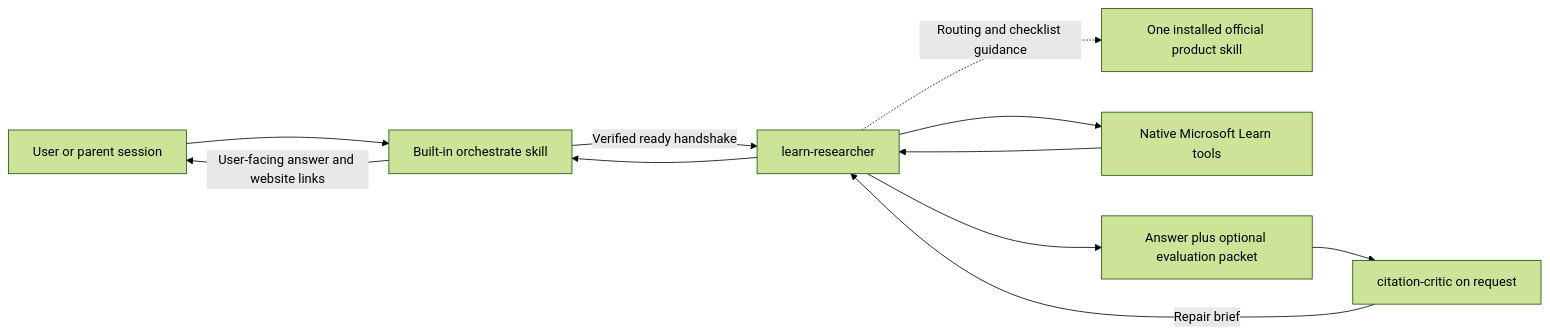
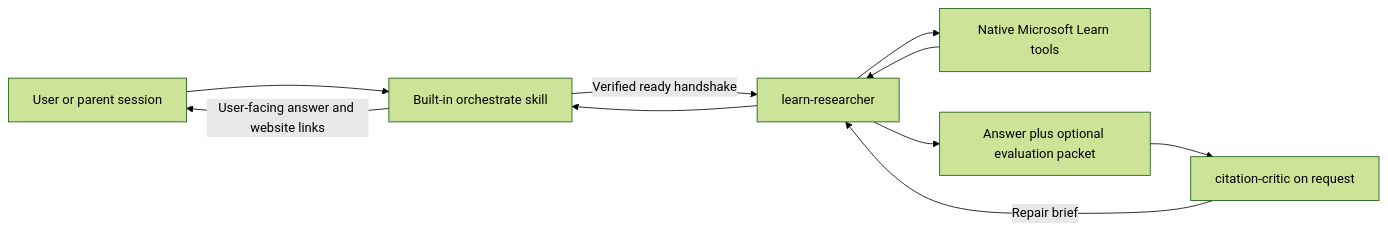
One commit to msucharda/azure-learn-copilot-app changed the diagram in docs/architecture.md. Above: the diagram before and after it, drawn with Mermaid (forest theme). The commit also changed other lines of this file and 6 other files, not shown here.

First line of the commit message:
Remove product skill routing

````diff
--- a/docs/architecture.md
+++ b/docs/architecture.md
@@ -7,13 +7,12 @@
 ```mermaid
 flowchart LR
     U[User or parent session] --> O[Built-in orchestrate skill]
     O -->|Verified ready handshake| R[learn-researcher]
-    R -. Routing and checklist guidance .-> S[One installed official product skill]
     R --> L[Native Microsoft Learn tools]
     L --> R
     R --> A[Answer plus optional evaluation packet]
     A --> C[citation-critic on request]
     C -->|Repair brief| R
     R --> O
     O -->|User-facing answer and website links| U
 ```
````
